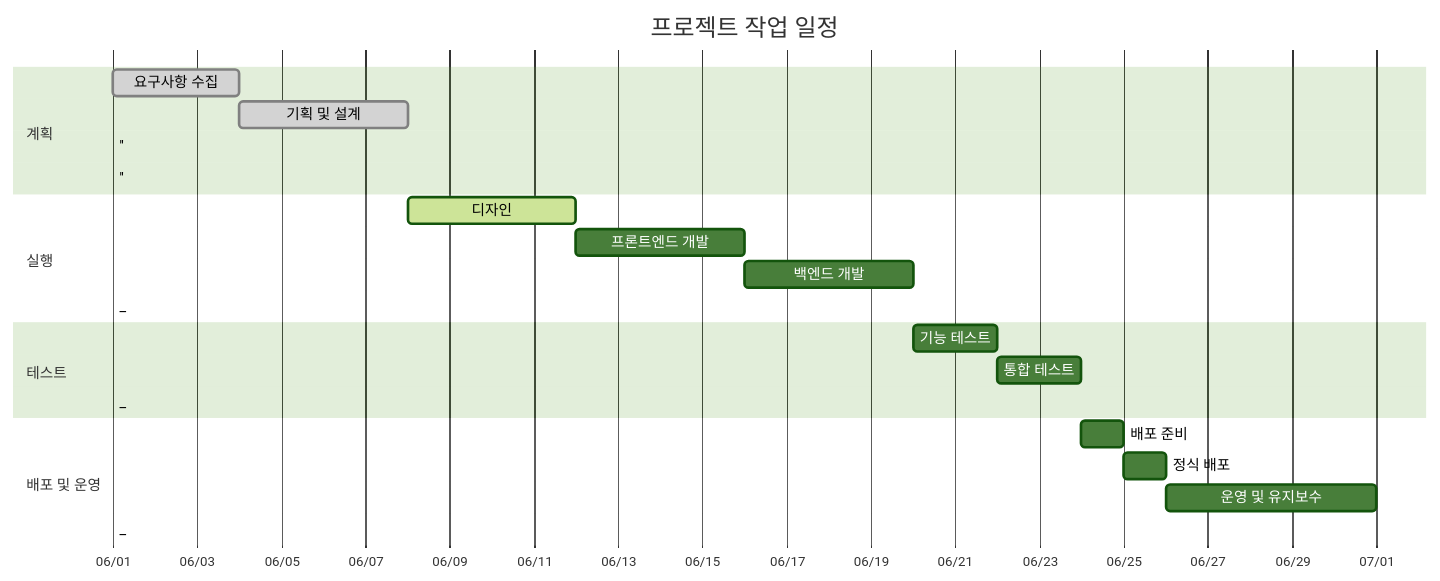
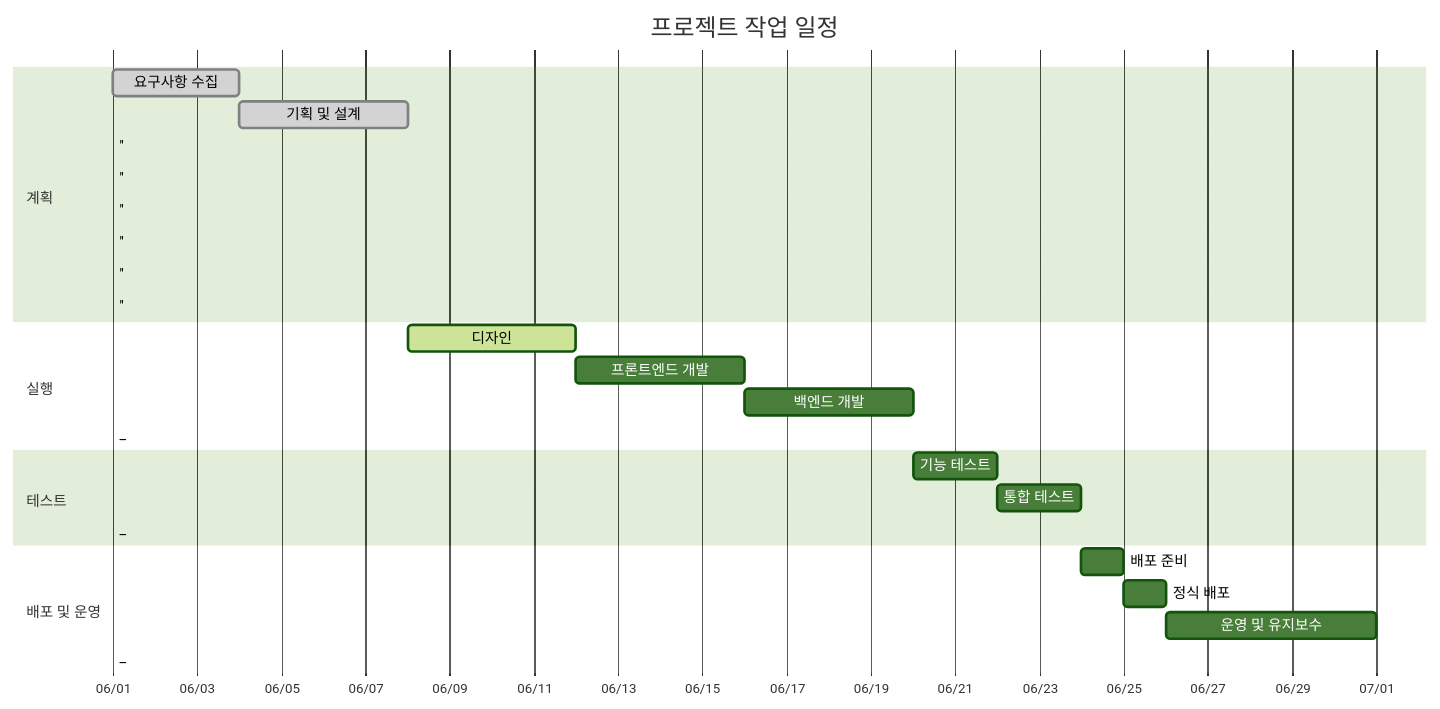
The diagram in README.md (RAILWAY-2025/RAILWAY_FRONT), drawn with Mermaid (forest theme) before and after one commit.

````diff
--- a/README.md
+++ b/README.md
@@ -5,30 +5,34 @@
 ```mermaid
 gantt
 title 프로젝트 작업 일정
 dateFormat YYYY-MM-DD
 axisFormat %m/%d
 %% 화면에 꽉 차 보이도록 섹션을 충분히 배치
 
 section 계획
 요구사항 수집       :done,    a1, 2025-06-01, 3d
 기획 및 설계        :done,    a2, 2025-06-04, 4d
 ''            :done,    dummy1, 2025-06-01, 0d
 ''            :done,    dummy55, 2025-06-01, 0d
+''            :done,    dummy56, 2025-06-01, 0d
+''            :done,    dummy552, 2025-06-01, 0d
+''            :done,    dummy12, 2025-06-01, 0d
+''            :done,    dummy5555, 2025-06-01, 0d
 
 section 실행
 디자인              :active,  a3, 2025-06-08, 4d
 프론트엔드 개발       :         a4, 2025-06-12, 4d
 백엔드 개발          :         a5, 2025-06-16, 4d
  _           :done,    dummy2, 2025-06-01, 0d
 
 section 테스트
 기능 테스트          :         a6, 2025-06-20, 2d
 통합 테스트          :         a7, 2025-06-22, 2d
 _            :done,    dummy3, 2025-06-01, 0d
 
 section 배포 및 운영
 배포 준비            :         a8, 2025-06-24, 1d
 정식 배포            :         a9, 2025-06-25, 1d
 운영 및 유지보수     :         a10, 2025-06-26, 5d
  _          :done,    dummy4, 2025-06-01, 0d
 ```
````
